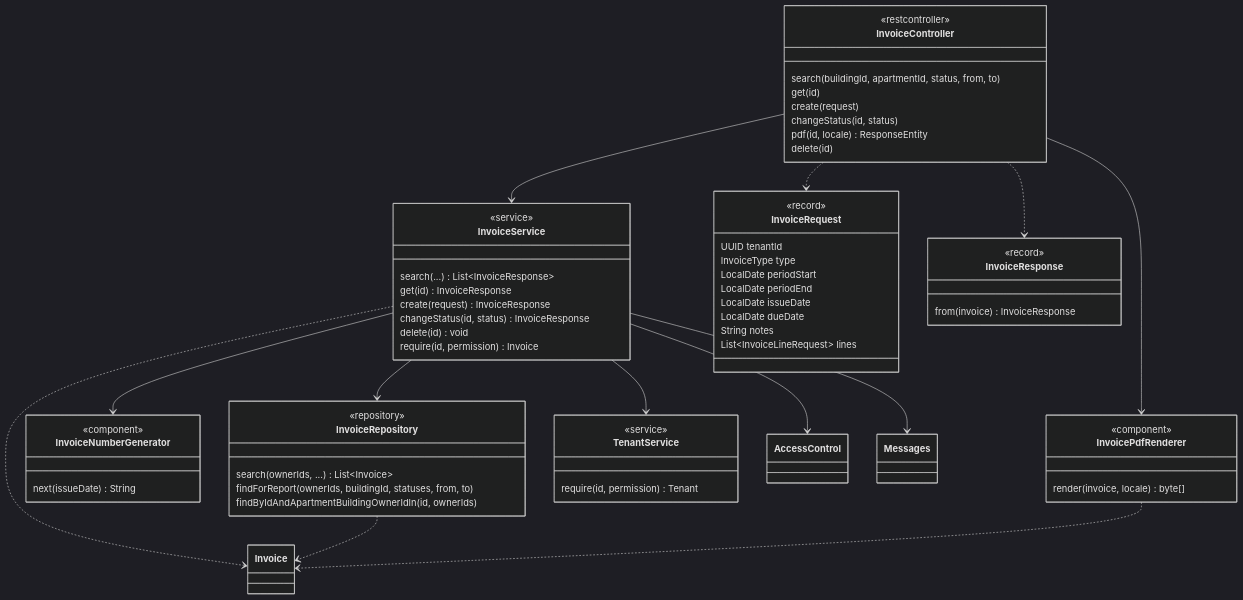
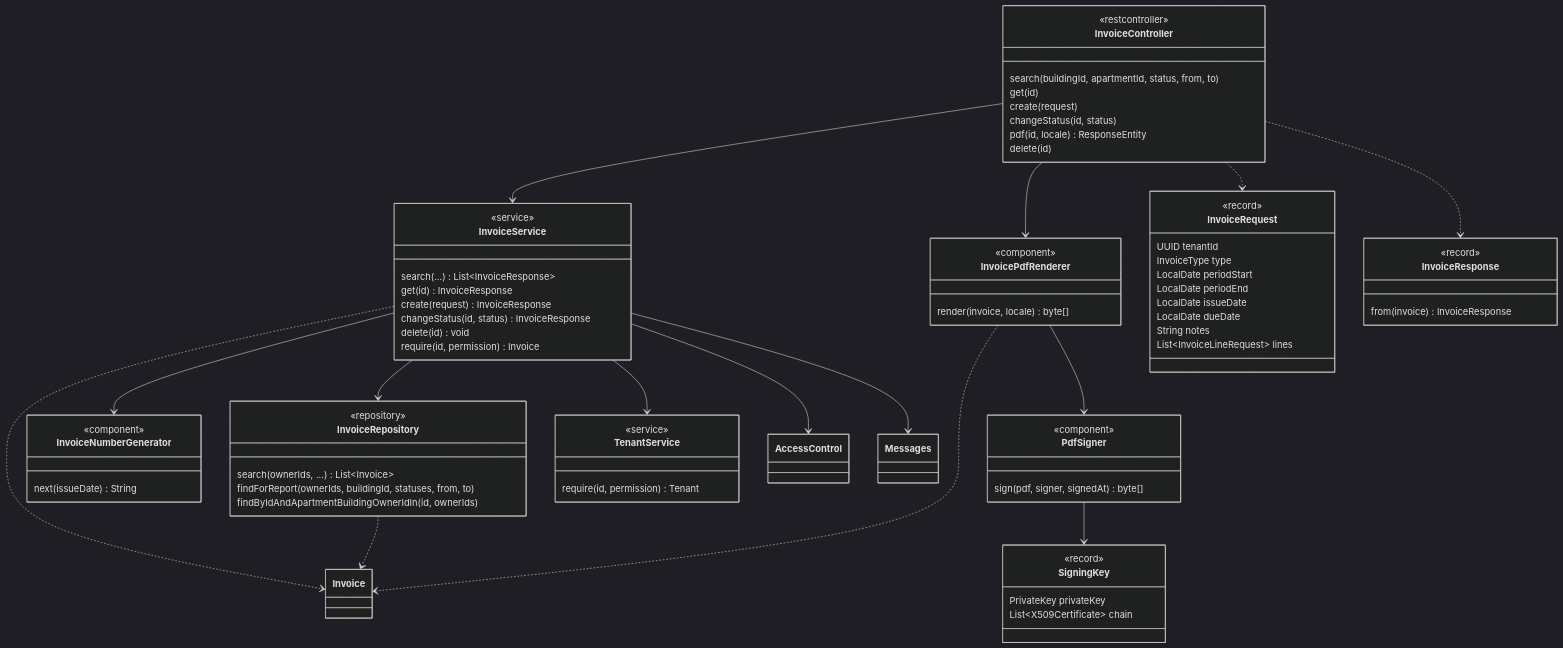
One commit to stephane-nganou/building-management-systems changed the sixth of 20 diagrams in docs/ARCHITECTURE_DIAGRAMS.md. Above: the diagram before and after it, drawn with Mermaid (dark theme). The commit also changed other lines of this file and 29 other files, not shown here.

````diff
--- a/docs/ARCHITECTURE_DIAGRAMS.md
+++ b/docs/ARCHITECTURE_DIAGRAMS.md
@@ -479,6 +479,17 @@
         render(invoice, locale) byte[]
     }
 
+    class PdfSigner {
+        <<component>>
+        sign(pdf, signer, signedAt) byte[]
+    }
+
+    class SigningKey {
+        <<record>>
+        PrivateKey privateKey
+        List~X509Certificate~ chain
+    }
+
     class TenantService {
         <<service>>
         require(id, permission) Tenant
@@ -513,4 +524,6 @@
     InvoiceService ..> Invoice
     InvoiceRepository ..> Invoice
     InvoicePdfRenderer ..> Invoice
+    InvoicePdfRenderer --> PdfSigner
+    PdfSigner --> SigningKey
 ```
````
